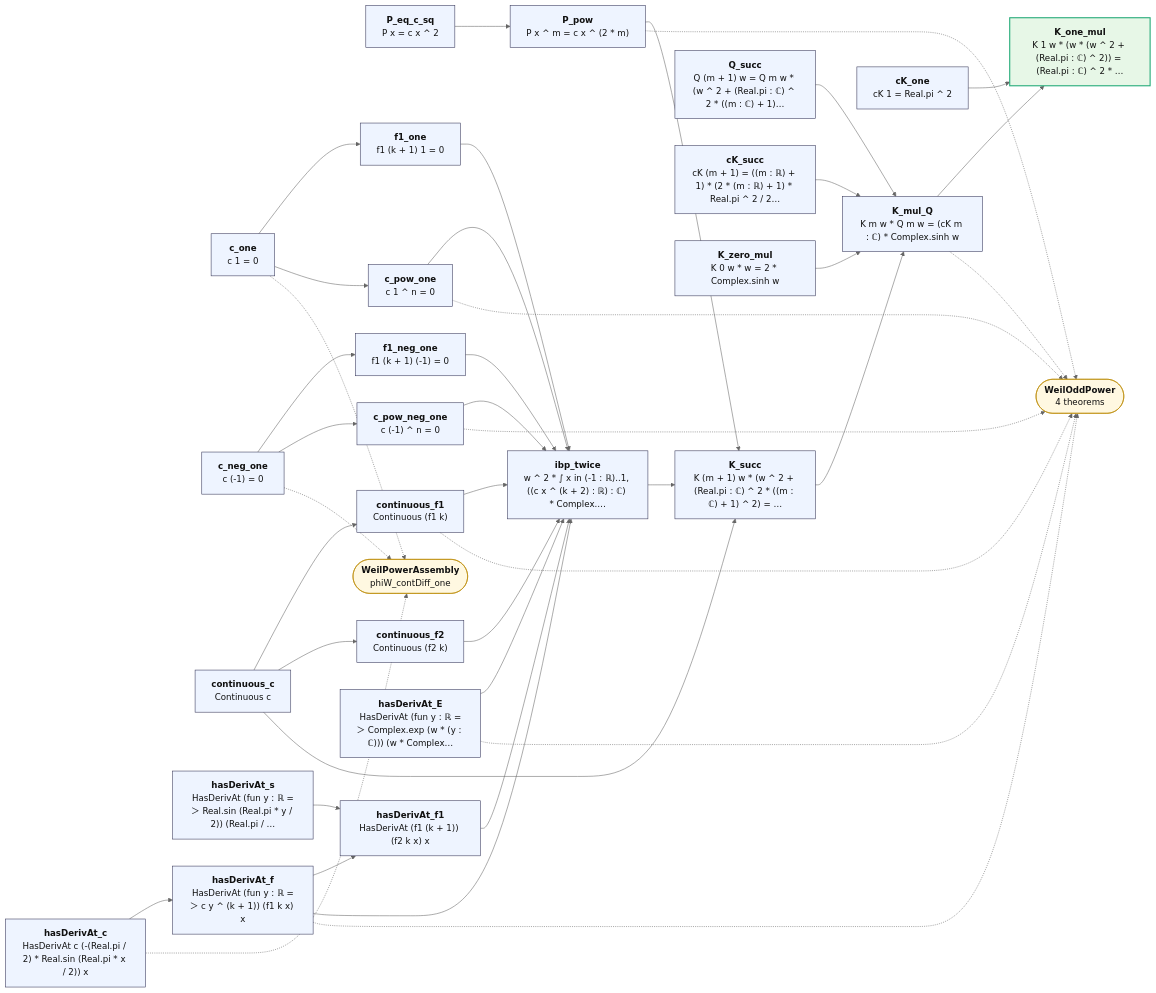
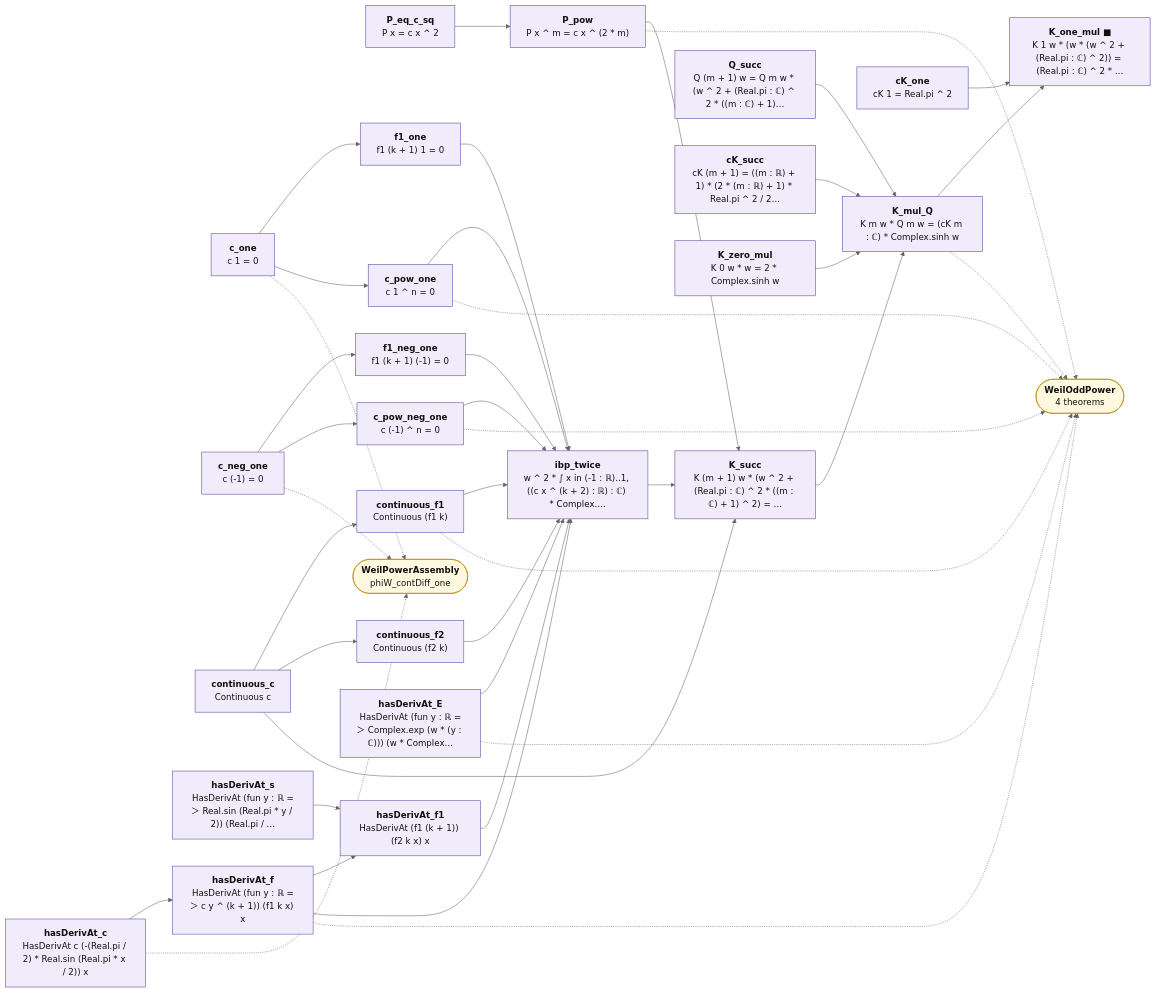
The diagram in map/lean_stage3/WeilPower.md (juliansambranojr/Primebeat_081426), drawn with Mermaid (neutral theme) before and after one commit. The commit also changed other lines of this file and 398 other files, not shown here.

````diff
--- a/map/lean_stage3/WeilPower.md
+++ b/map/lean_stage3/WeilPower.md
@@ -12,72 +12,75 @@
 ```mermaid
 flowchart LR
-  n0["<b>P_eq_c_sq</b><br/>P x = c x ^ 2"]:::thm
-  n1["<b>P_pow</b><br/>P x ^ m = c x ^ (2 * m)"]:::thm
-  n2["<b>c_one</b><br/>c 1 = 0"]:::thm
-  n3["<b>c_neg_one</b><br/>c (-1) = 0"]:::thm
-  n4["<b>continuous_c</b><br/>Continuous c"]:::thm
-  n5["<b>c_pow_one</b><br/>c 1 ^ n = 0"]:::thm
-  n6["<b>c_pow_neg_one</b><br/>c (-1) ^ n = 0"]:::thm
-  n7["<b>hasDerivAt_c</b><br/>HasDerivAt c (-(Real.pi / 2) * Real.sin (Real.pi * x / 2)) x"]:::thm
-  n8["<b>hasDerivAt_s</b><br/>HasDerivAt (fun y : ℝ =＞ Real.sin (Real.pi * y / 2)) (Real.pi / …"]:::thm
-  n9["<b>hasDerivAt_f</b><br/>HasDerivAt (fun y : ℝ =＞ c y ^ (k + 1)) (f1 k x) x"]:::thm
-  n10["<b>hasDerivAt_f1</b><br/>HasDerivAt (f1 (k + 1)) (f2 k x) x"]:::thm
-  n11["<b>continuous_f1</b><br/>Continuous (f1 k)"]:::thm
-  n12["<b>continuous_f2</b><br/>Continuous (f2 k)"]:::thm
-  n13["<b>f1_one</b><br/>f1 (k + 1) 1 = 0"]:::thm
-  n14["<b>f1_neg_one</b><br/>f1 (k + 1) (-1) = 0"]:::thm
-  n15["<b>hasDerivAt_E</b><br/>HasDerivAt (fun y : ℝ =＞ Complex.exp (w * (y : ℂ))) (w * Complex…"]:::thm
-  n16["<b>ibp_twice</b><br/>w ^ 2 * ∫ x in (-1 : ℝ)..1, ((c x ^ (k + 2) : ℝ) : ℂ) * Complex.…"]:::thm
-  n17["<b>K_succ</b><br/>K (m + 1) w * (w ^ 2 + (Real.pi : ℂ) ^ 2 * ((m : ℂ) + 1) ^ 2) = …"]:::thm
-  n18["<b>Q_succ</b><br/>Q (m + 1) w = Q m w * (w ^ 2 + (Real.pi : ℂ) ^ 2 * ((m : ℂ) + 1)…"]:::thm
-  n19["<b>cK_succ</b><br/>cK (m + 1) = ((m : ℝ) + 1) * (2 * (m : ℝ) + 1) * Real.pi ^ 2 / 2…"]:::thm
-  n20["<b>K_zero_mul</b><br/>K 0 w * w = 2 * Complex.sinh w"]:::thm
-  n21["<b>K_mul_Q</b><br/>K m w * Q m w = (cK m : ℂ) * Complex.sinh w"]:::thm
-  n22["<b>cK_one</b><br/>cK 1 = Real.pi ^ 2"]:::thm
-  n23["<b>K_one_mul</b><br/>K 1 w * (w * (w ^ 2 + (Real.pi : ℂ) ^ 2)) = (Real.pi : ℂ) ^ 2 * …"]:::end_
+  n0["<b>P_eq_c_sq</b><br/>P x = c x ^ 2"]:::shp
+  n1["<b>P_pow</b><br/>P x ^ m = c x ^ (2 * m)"]:::shp
+  n2["<b>c_one</b><br/>c 1 = 0"]:::shp
+  n3["<b>c_neg_one</b><br/>c (-1) = 0"]:::shp
+  n4["<b>continuous_c</b><br/>Continuous c"]:::shp
+  n5["<b>c_pow_one</b><br/>c 1 ^ n = 0"]:::shp
+  n6["<b>c_pow_neg_one</b><br/>c (-1) ^ n = 0"]:::shp
+  n7["<b>hasDerivAt_c</b><br/>HasDerivAt c (-(Real.pi / 2) * Real.sin (Real.pi * x / 2)) x"]:::shp
+  n8["<b>hasDerivAt_s</b><br/>HasDerivAt (fun y : ℝ =＞ Real.sin (Real.pi * y / 2)) (Real.pi / …"]:::shp
+  n9["<b>hasDerivAt_f</b><br/>HasDerivAt (fun y : ℝ =＞ c y ^ (k + 1)) (f1 k x) x"]:::shp
+  n10["<b>hasDerivAt_f1</b><br/>HasDerivAt (f1 (k + 1)) (f2 k x) x"]:::shp
+  n11["<b>continuous_f1</b><br/>Continuous (f1 k)"]:::shp
+  n12["<b>continuous_f2</b><br/>Continuous (f2 k)"]:::shp
+  n13["<b>f1_one</b><br/>f1 (k + 1) 1 = 0"]:::shp
+  n14["<b>f1_neg_one</b><br/>f1 (k + 1) (-1) = 0"]:::shp
+  n15["<b>hasDerivAt_E</b><br/>HasDerivAt (fun y : ℝ =＞ Complex.exp (w * (y : ℂ))) (w * Complex…"]:::shp
+  n16["<b>ibp_twice</b><br/>w ^ 2 * ∫ x in (-1 : ℝ)..1, ((c x ^ (k + 2) : ℝ) : ℂ) * Complex.…"]:::shp
+  n17["<b>K_succ</b><br/>K (m + 1) w * (w ^ 2 + (Real.pi : ℂ) ^ 2 * ((m : ℂ) + 1) ^ 2) = …"]:::shp
+  n18["<b>Q_succ</b><br/>Q (m + 1) w = Q m w * (w ^ 2 + (Real.pi : ℂ) ^ 2 * ((m : ℂ) + 1)…"]:::shp
+  n19["<b>cK_succ</b><br/>cK (m + 1) = ((m : ℝ) + 1) * (2 * (m : ℝ) + 1) * Real.pi ^ 2 / 2…"]:::shp
+  n20["<b>K_zero_mul</b><br/>K 0 w * w = 2 * Complex.sinh w"]:::shp
+  n21["<b>K_mul_Q</b><br/>K m w * Q m w = (cK m : ℂ) * Complex.sinh w"]:::shp
+  n22["<b>cK_one</b><br/>cK 1 = Real.pi ^ 2"]:::shp
+  n23["<b>K_one_mul ■</b><br/>K 1 w * (w * (w ^ 2 + (Real.pi : ℂ) ^ 2)) = (Real.pi : ℂ) ^ 2 * …"]:::shp
   x0(["<b>WeilOddPower</b><br/>4 theorems"]):::ext
   x1(["<b>WeilPowerAssembly</b><br/>phiW_contDiff_one"]):::ext
   n0 --> n1
   n1 --> n17
   n10 --> n16
   n11 --> n16
   n12 --> n16
   n13 --> n16
   n14 --> n16
   n15 --> n16
   n16 --> n17
   n17 --> n21
   n18 --> n21
   n19 --> n21
   n2 --> n13
   n2 --> n5
   n20 --> n21
   n21 --> n23
   n22 --> n23
   n3 --> n14
   n3 --> n6
   n4 --> n11
   n4 --> n12
   n4 --> n17
   n5 --> n16
   n6 --> n16
   n7 --> n9
   n8 --> n10
   n9 --> n10
   n9 --> n16
   n1 -.-> x0
   n11 -.-> x0
   n15 -.-> x0
   n2 -.-> x1
   n21 -.-> x0
   n3 -.-> x1
   n5 -.-> x0
   n6 -.-> x0
   n7 -.-> x1
   n9 -.-> x0
+  classDef cnt fill:#dff5ec,stroke:#17694a,color:#111
+  classDef shp fill:#f1ecfb,stroke:#5b3fa0,color:#111
+  classDef rh fill:#ffe5e5,stroke:#c22,color:#111,stroke-width:2px
   classDef thm fill:#eef4ff,stroke:#335,color:#111
   classDef end_ fill:#e7f7e7,stroke:#2a7,color:#111,stroke-width:2px
   classDef lone fill:#fff,stroke:#999,color:#111,stroke-dasharray:4 3
   classDef bad fill:#ffe5e5,stroke:#c22,color:#111,stroke-width:2px
   classDef ext fill:#fff8e1,stroke:#b80,color:#111
 ```
````
